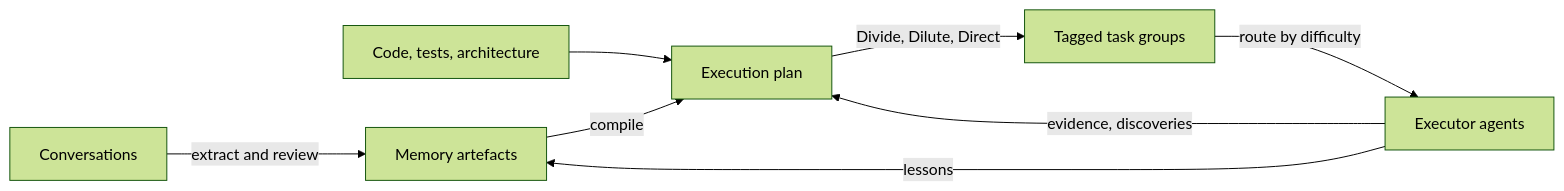
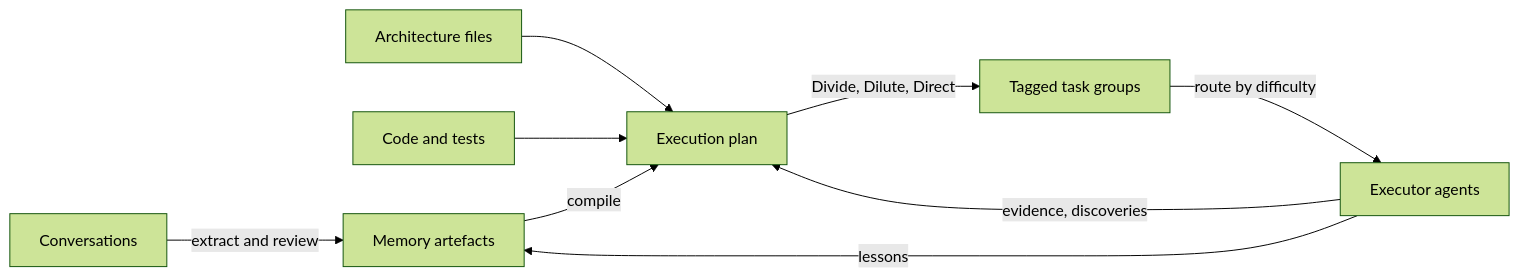
One commit to Nexus-B1/r2-prompts changed the first of 2 diagrams in readme.md. Above: the diagram before and after it, drawn with Mermaid (forest theme). The commit also changed other lines of this file and 1 other file, not shown here.

Commit message:
Dummy plan created.

````diff
--- a/readme.md
+++ b/readme.md
@@ -9,10 +9,11 @@
 ```mermaid
 flowchart LR
     CONV["Conversations"] -->|"extract and review"| ART["Memory artefacts"]
-    REPO["Code, tests, architecture"] --> PLAN
+    ARCH["Architecture files"] --> PLAN
+    REPO["Code and tests"] --> PLAN
     ART -->|"compile"| PLAN["Execution plan"]
     PLAN -->|"Divide, Dilute, Direct"| GRP["Tagged task groups"]
     GRP -->|"route by difficulty"| EXE["Executor agents"]
     EXE -->|"evidence, discoveries"| PLAN
     EXE -->|"lessons"| ART
 ```
````
